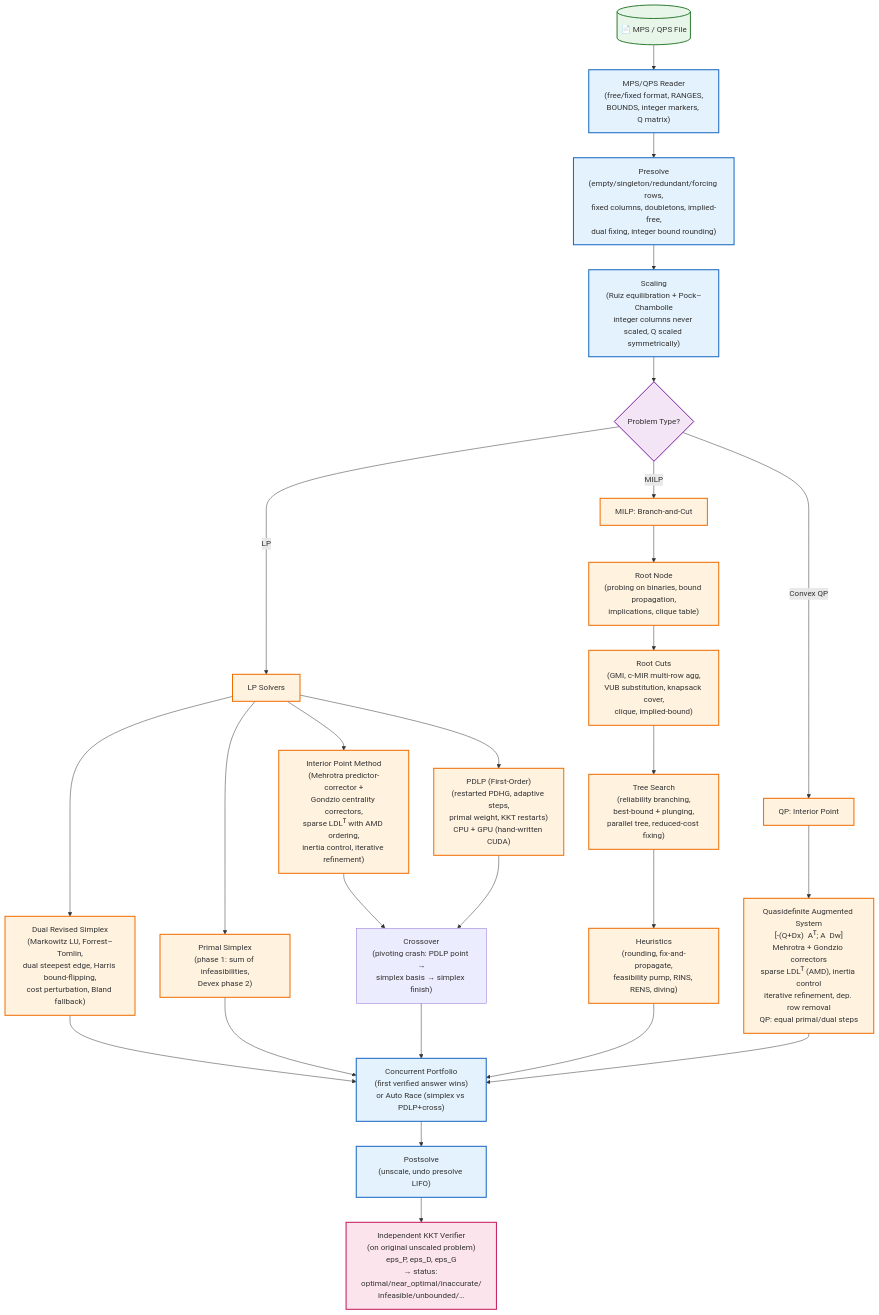
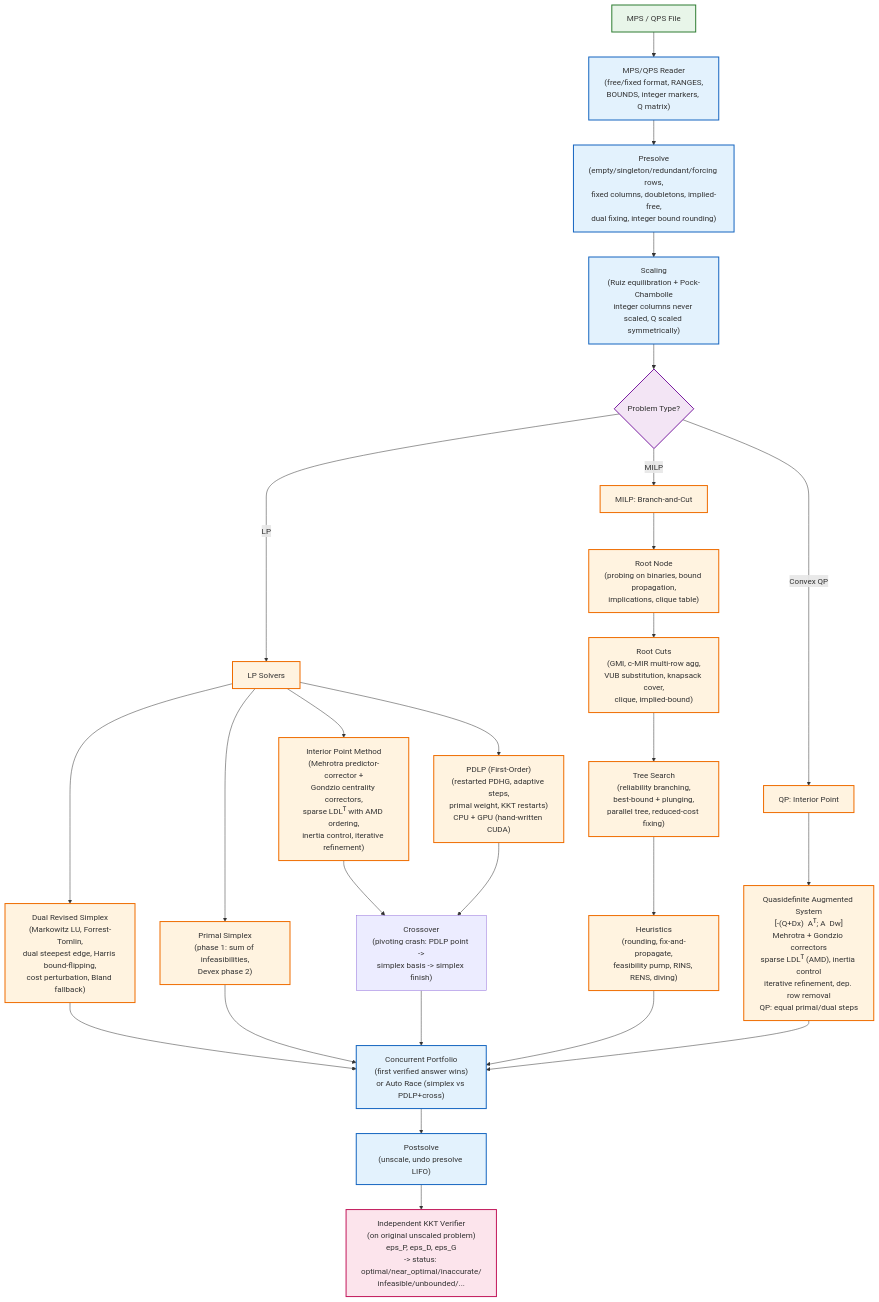
One commit to TANESHDEVHARE/Team-Suprema changed the fourth of 10 diagrams in README.md. Above: the diagram before and after it, drawn with Mermaid. The commit also changed other lines of this file, not shown here.

````diff
--- a/README.md
+++ b/README.md
@@ -322,57 +322,57 @@
 ```mermaid
 flowchart TD
     %% Input
-    A[("📄 MPS / QPS File")] --> B["MPS/QPS Reader\n(free/fixed format, RANGES,\nBOUNDS, integer markers, Q matrix)"]
+    A["MPS / QPS File"] --> B["MPS/QPS Reader\n(free/fixed format, RANGES,\nBOUNDS, integer markers, Q matrix)"]
     
     %% Presolve & Scaling (common to all)
     B --> C["Presolve\n(empty/singleton/redundant/forcing rows,\nfixed columns, doubletons, implied-free,\ndual fixing, integer bound rounding)"]
-    C --> D["Scaling\n(Ruiz equilibration + Pock–Chambolle\ninteger columns never scaled, Q scaled symmetrically)"]
+    C --> D["Scaling\n(Ruiz equilibration + Pock-Chambolle\ninteger columns never scaled, Q scaled symmetrically)"]
     
     %% Problem type detection
     D --> E{Problem Type?}
     
     %% LP Path
     E -->|LP| F["LP Solvers"]
-    F --> G1["Dual Revised Simplex\n(Markowitz LU, Forrest–Tomlin,\ndual steepest edge, Harris bound-flipping,\ncost perturbation, Bland fallback)"]
+    F --> G1["Dual Revised Simplex\n(Markowitz LU, Forrest-Tomlin,\ndual steepest edge, Harris bound-flipping,\ncost perturbation, Bland fallback)"]
     F --> G2["Primal Simplex\n(phase 1: sum of infeasibilities,\nDevex phase 2)"]
     F --> G3["Interior Point Method\n(Mehrotra predictor-corrector +\nGondzio centrality correctors,\nsparse LDLᵀ with AMD ordering,\ninertia control, iterative refinement)"]
     F --> G4["PDLP (First-Order)\n(restarted PDHG, adaptive steps,\nprimal weight, KKT restarts)\nCPU + GPU (hand-written CUDA)"]
     
     %% LP Portfolio
     G1 --> H["Concurrent Portfolio\n(first verified answer wins)\nor Auto Race (simplex vs PDLP+cross)"]
     G2 --> H
-    G3 --> I["Crossover\n(pivoting crash: PDLP point →\nsimplex basis → simplex finish)"]
+    G3 --> I["Crossover\n(pivoting crash: PDLP point ->\nsimplex basis -> simplex finish)"]
     G4 --> I
     I --> H
     
     %% MILP Path
     E -->|MILP| J["MILP: Branch-and-Cut"]
     J --> K1["Root Node\n(probing on binaries, bound propagation,\nimplications, clique table)"]
     K1 --> K2["Root Cuts\n(GMI, c-MIR multi-row agg,\nVUB substitution, knapsack cover,\nclique, implied-bound)"]
     K2 --> K3["Tree Search\n(reliability branching,\nbest-bound + plunging,\nparallel tree, reduced-cost fixing)"]
     K3 --> K4["Heuristics\n(rounding, fix-and-propagate,\nfeasibility pump, RINS, RENS, diving)"]
     K4 --> H
     
     %% QP Path
     E -->|Convex QP| L["QP: Interior Point"]
     L --> M["Quasidefinite Augmented System\n[-(Q+Dx)  Aᵀ; A  Dw]\nMehrotra + Gondzio correctors\nsparse LDLᵀ (AMD), inertia control\niterative refinement, dep. row removal\nQP: equal primal/dual steps"]
     M --> H
     
     %% Verification (common)
     H --> N["Postsolve\n(unscale, undo presolve LIFO)"]
-    N --> O["Independent KKT Verifier\n(on original unscaled problem)\neps_P, eps_D, eps_G\n→ status: optimal/near_optimal/inaccurate/\ninfeasible/unbounded/…"]
+    N --> O["Independent KKT Verifier\n(on original unscaled problem)\neps_P, eps_D, eps_G\n-> status: optimal/near_optimal/inaccurate/\ninfeasible/unbounded/..."]
     
     %% Styling
     classDef input fill:#e8f5e9,stroke:#2e7d32,stroke-width:2px
     classDef process fill:#e3f2fd,stroke:#1565c0,stroke-width:2px
     classDef engine fill:#fff3e0,stroke:#ef6c00,stroke-width:2px
     classDef verify fill:#fce4ec,stroke:#c2185b,stroke-width:2px
     classDef decision fill:#f3e5f5,stroke:#7b1fa2,stroke-width:2px
     
     class A input
     class B,C,D process
     class F,G1,G2,G3,G4,J,K1,K2,K3,K4,L,M engine
     class H,N process
     class O verify
     class E decision
 ```
````
